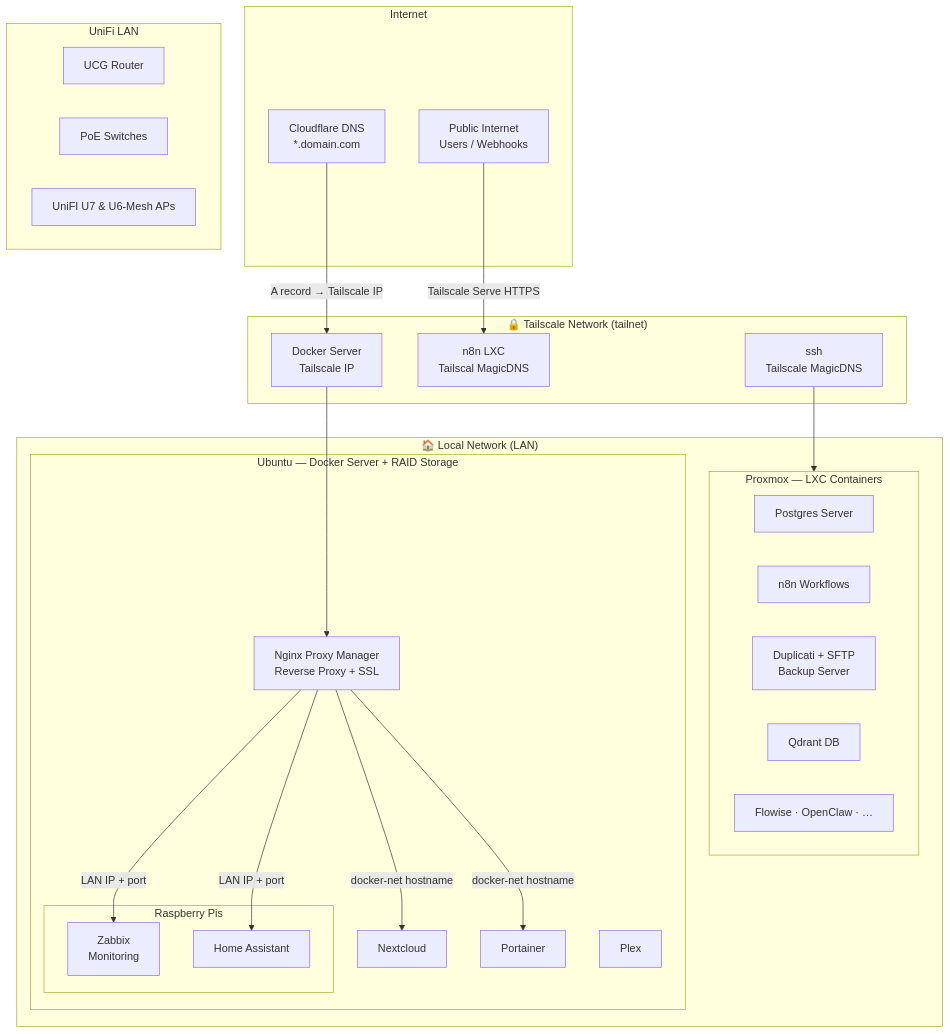
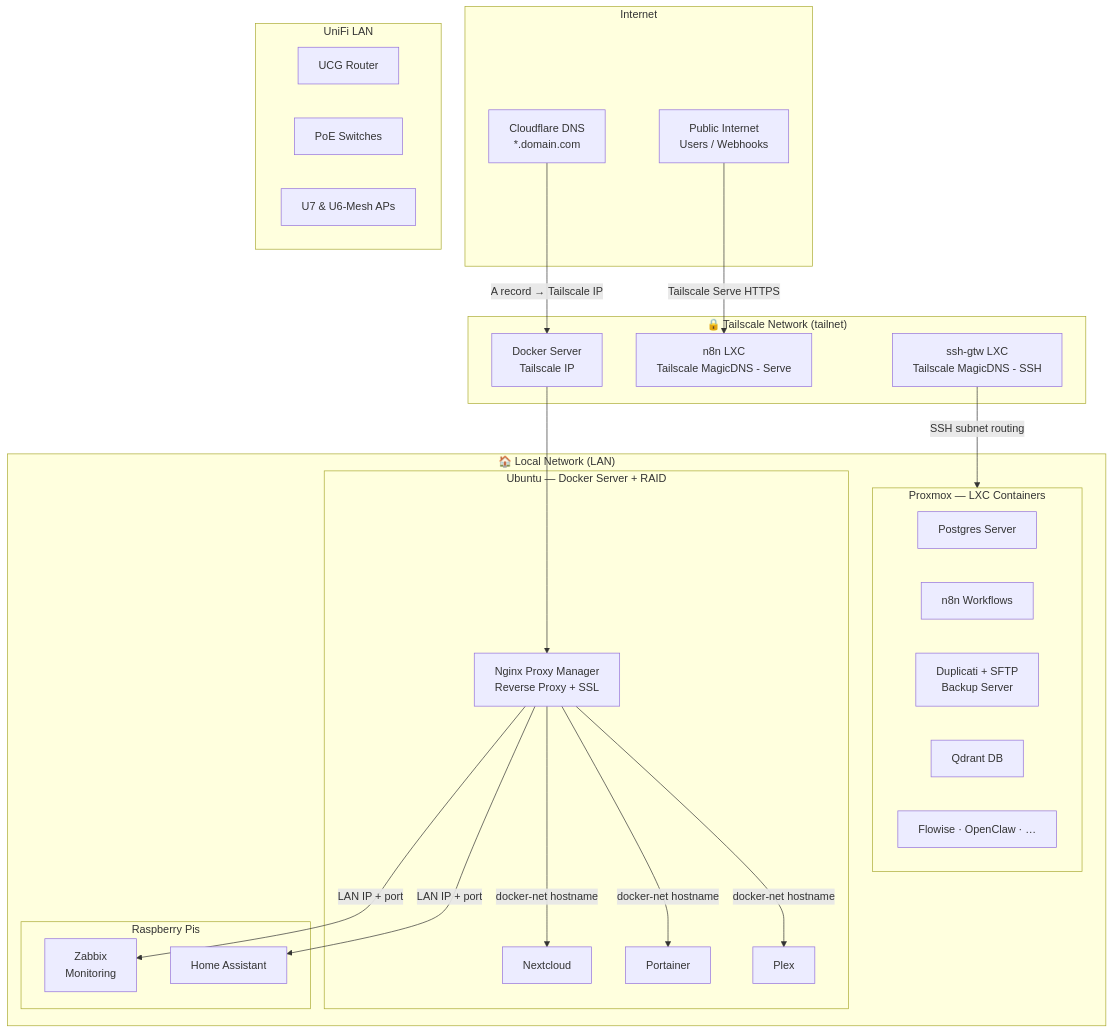
Before and after one commit to jcmarinn/home-lab: the first of 4 diagrams in README.md, drawn with Mermaid. The commit also changed other lines of this file, not shown here.

Commit message:
Style changes and ToC

````diff
--- a/README.md
+++ b/README.md
@@ -61,48 +80,47 @@
 ```mermaid
 graph TD
-    subgraph Internet
-        CF[Cloudflare DNS<br/>*.domain.com]
-        PUB[Public Internet<br/>Users / Webhooks]
-    end
-    
-    subgraph Tailscale Network ["🔒 Tailscale Network (tailnet)"]
-        TS_DOCKER[Docker Server<br/>Tailscale IP]
-        TS_N8N[n8n LXC<br/>Tailscal MagicDNS]
-        TS_MDNS[ssh<br/>Tailscale MagicDNS]
-    end
-    subgraph LAN ["🏠 Local Network (LAN)"]
-        subgraph Proxmox ["Proxmox — LXC Containers"]
-            PG[Postgres Server]
-            N8N[n8n Workflows]
-            DUP[Duplicati + SFTP<br/>Backup Server]
-            QDRANT[Qdrant DB]
-            TESTING[Flowise · OpenClaw · …]
-        end
-        subgraph Docker Server ["Ubuntu — Docker Server + RAID Storage"]
-            NPM[Nginx Proxy Manager<br/>Reverse Proxy + SSL]
-            NEXTCLOUD[Nextcloud]
-            PORTAINER[Portainer]
-            PLEX[Plex]
-            subgraph RPis ["Raspberry Pis"]
-                ZABBIX[Zabbix<br/>Monitoring]
-                HA[Home Assistant]
-            end
-        end
-    end
+    subgraph Internet
+        CF[Cloudflare DNS<br/>*.domain.com]
+        PUB[Public Internet<br/>Users / Webhooks]
+    end
+    subgraph Network ["UniFi LAN"]
+        UCG[UCG Router]
+        SW[PoE Switches]
+        AP[U7 & U6-Mesh APs]
+    end
+    subgraph Tailscale Network ["🔒 Tailscale Network (tailnet)"]
+        TS_DOCKER[Docker Server<br/>Tailscale IP]
+        TS_N8N[n8n LXC<br/>Tailscale MagicDNS - Serve]
+        TS_MDNS[ssh-gtw LXC<br/>Tailscale MagicDNS - SSH]
+    end
 
-    CF -->|A record → Tailscale IP| TS_DOCKER
-    PUB -->|Tailscale Serve HTTPS| TS_N8N
-    TS_DOCKER --> NPM
-    NPM -->|docker-net hostname| NEXTCLOUD
-    NPM -->|docker-net hostname| PORTAINER
-    NPM -->|LAN IP + port| HA
-    NPM -->|LAN IP + port| ZABBIX
-    TS_MDNS --> Proxmox
+    subgraph LAN ["🏠 Local Network (LAN)"]
+        subgraph Proxmox ["Proxmox — LXC Containers"]
+            PG[Postgres Server]
+            N8N[n8n Workflows]
+            DUP[Duplicati + SFTP<br/>Backup Server]
+            QDRANT[Qdrant DB]
+            TESTING[Flowise · OpenClaw · …]
+        end
+        subgraph DockerSrv ["Ubuntu — Docker Server + RAID"]
+            NPM[Nginx Proxy Manager<br/>Reverse Proxy + SSL]
+            NEXTCLOUD[Nextcloud]
+            PORTAINER[Portainer]
+            PLEX[Plex]
+        end
+        subgraph RPis ["Raspberry Pis"]
+            ZABBIX[Zabbix<br/>Monitoring]
+            HA[Home Assistant]
+        end
+    end
 
-subgraph Network ["UniFi LAN"]
-        UCG[UCG Router]
-        SW[PoE Switches]
-        AP[UniFI U7 & U6-Mesh APs]
-end
-
+    CF -->|A record → Tailscale IP| TS_DOCKER
+    PUB -->|Tailscale Serve HTTPS| TS_N8N
+    TS_DOCKER --> NPM
+    NPM -->|docker-net hostname| NEXTCLOUD
+    NPM -->|docker-net hostname| PORTAINER
+    NPM -->|docker-net hostname| PLEX
+    NPM -->|LAN IP + port| HA
+    NPM -->|LAN IP + port| ZABBIX
+    TS_MDNS -->|SSH subnet routing| Proxmox
 ```
````
